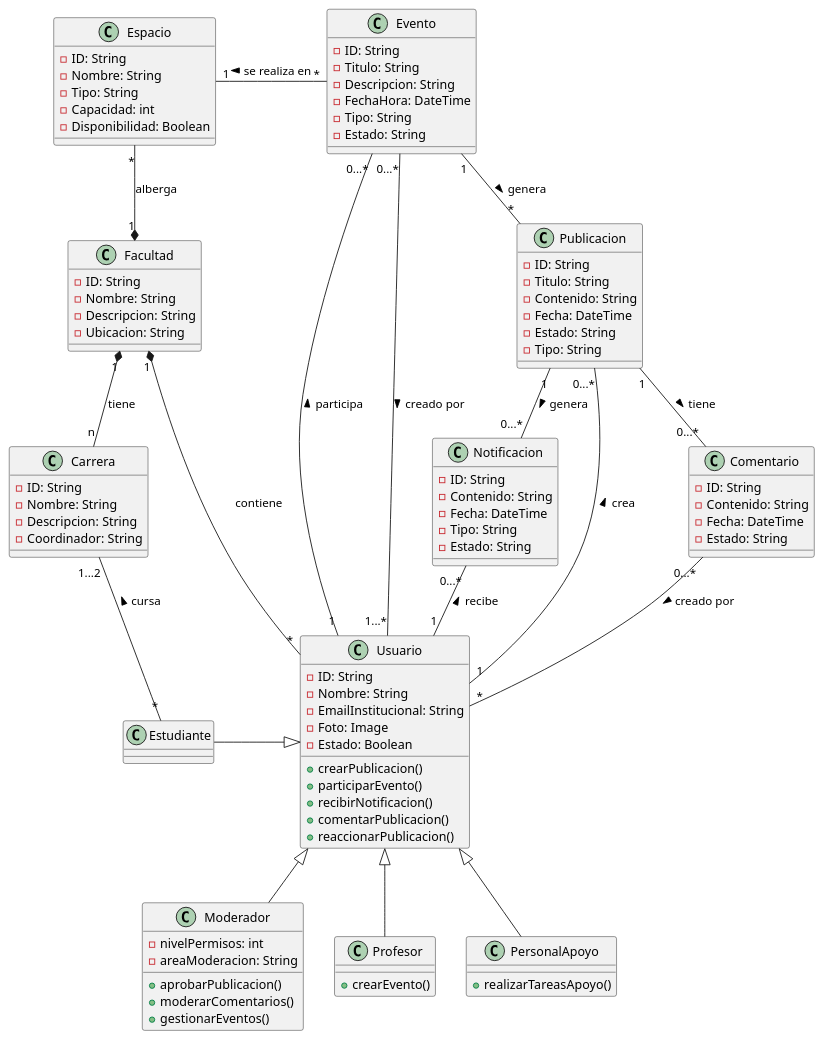
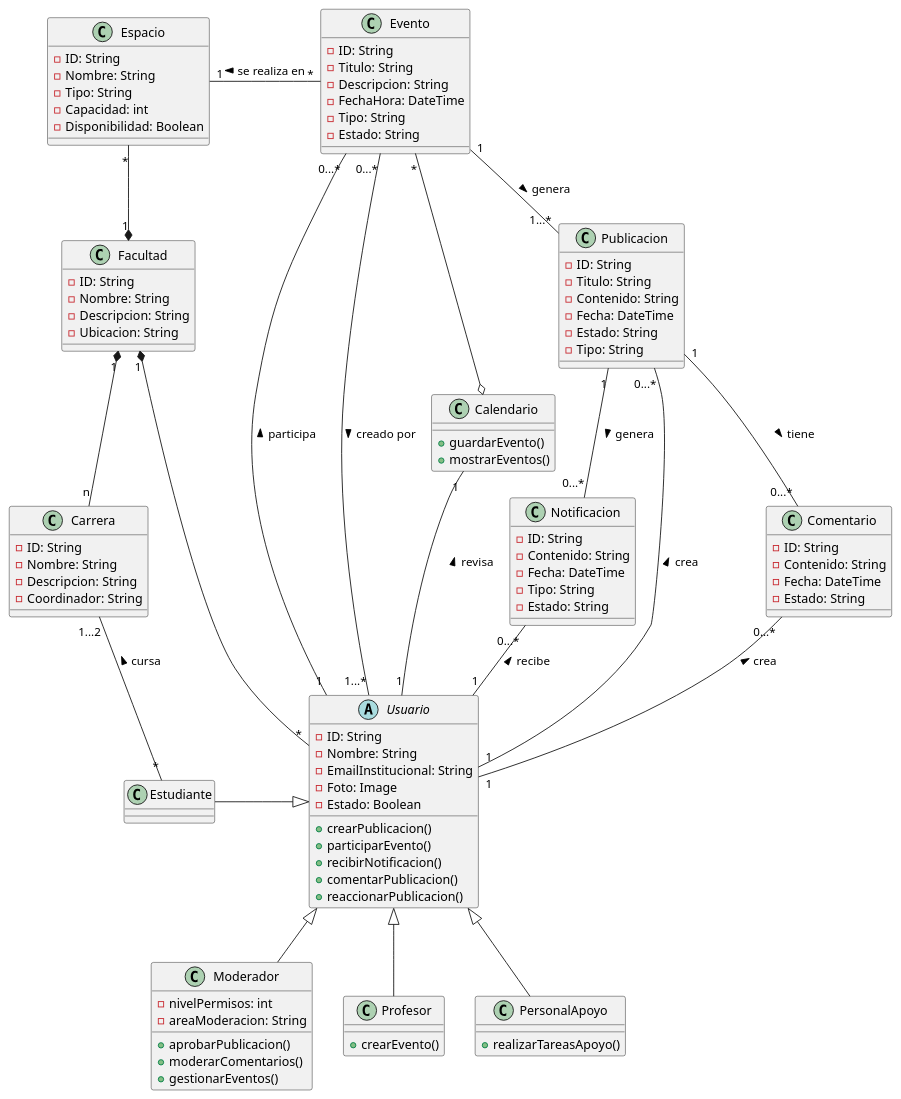
One commit to Danfloca02/Project_IngSoftware_Team2 changed the diagram in Diagrams/DomainModel.plantuml. Above: the diagram before and after it, drawn with PlantUML. The commit also changed 1 other file, not shown here.

Commit message:
clase calendario

```diff
--- a/Diagrams/DomainModel.plantuml
+++ b/Diagrams/DomainModel.plantuml
@@ -3,117 +3,124 @@
 @startuml DomainModel
 
-class Usuario {
+abstract class Usuario {
   -ID: String
   -Nombre: String
   -EmailInstitucional: String
   -Foto: Image
   -Estado: Boolean
 
   +crearPublicacion()
   +participarEvento()
   +recibirNotificacion()
   +comentarPublicacion()
   +reaccionarPublicacion()
 }
 
 class Moderador {
   -nivelPermisos: int
   -areaModeracion: String
 
   +aprobarPublicacion()
   +moderarComentarios()
   +gestionarEventos()
 }
 
 class Estudiante {
 }
 
 class Profesor {
   +crearEvento()
 }
 
 class PersonalApoyo {
   +realizarTareasApoyo()
 }
 
 class Facultad {
   -ID: String
   -Nombre: String
   -Descripcion: String
   -Ubicacion: String
 }
 
 class Carrera {
   -ID: String
   -Nombre: String
   -Descripcion: String
   -Coordinador: String
 }
 
 class Evento {
   -ID: String
   -Titulo: String
   -Descripcion: String
   -FechaHora: DateTime
   -Tipo: String
   -Estado: String
 }
 
 class Notificacion {
   -ID: String
   -Contenido: String
   -Fecha: DateTime
   -Tipo: String
   -Estado: String
 }
 
 class Espacio {
   -ID: String
   -Nombre: String
   -Tipo: String
   -Capacidad: int
   -Disponibilidad: Boolean
 }
 
 class Publicacion {
   -ID: String
   -Titulo: String
   -Contenido: String
   -Fecha: DateTime
   -Estado: String
   -Tipo: String
 }
 
 class Comentario {
   -ID: String
   -Contenido: String
   -Fecha: DateTime
   -Estado: String
 }
 
+class Calendario {
+  +guardarEvento()
+  +mostrarEventos()
+}
+
 ' Relaciones
 Moderador -up-|> Usuario
 Profesor -up-|> Usuario
 Estudiante -right-|> Usuario
 PersonalApoyo -up-|> Usuario
 
 Usuario "1" -up- "0...*" Publicacion: crea >
 Usuario "1" -up- "0...*" Evento: participa >
 Usuario "1" -up- "0...*" Notificacion: recibe >
+Usuario "1" -up- "1" Calendario: revisa >
 
 Estudiante "*" -up- "1...2" Carrera: cursa >
 
-Facultad "1" *-down- "n" Carrera: tiene 
-Facultad "1" *-down- "*" Usuario: contiene 
-Facultad "1" *-up- "*" Espacio: alberga 
+Facultad "1" *-down- "n" Carrera
+Facultad "1" *-down- "*" Usuario
+Facultad "1" *-up- "*" Espacio
 
 Evento "0...*" -left- "1...*" Usuario: creado por >
 Evento "*" -left- "1" Espacio: se realiza en >
-Evento "1" -- "*" Publicacion: genera >
+Evento "1" -- "1...*" Publicacion: genera >
+Evento "*" -down-o Calendario
 
 Publicacion "1" -- "0...*" Comentario: tiene >
 Publicacion "1" -- "0...*" Notificacion: genera >
 
-Comentario "0...*" -down- "*" Usuario: creado por >
+Comentario "0...*" -down- "1" Usuario: crea <
 
 @enduml
```
